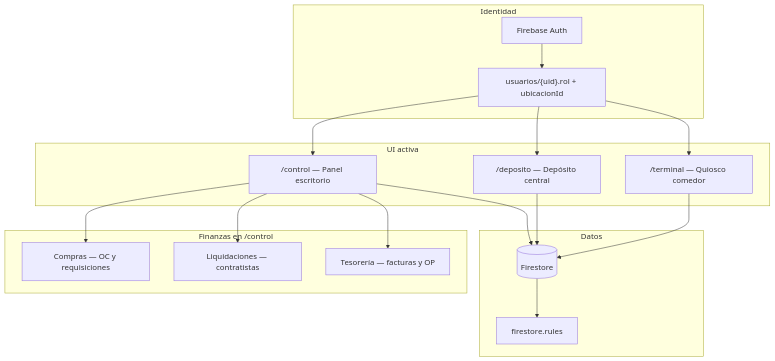
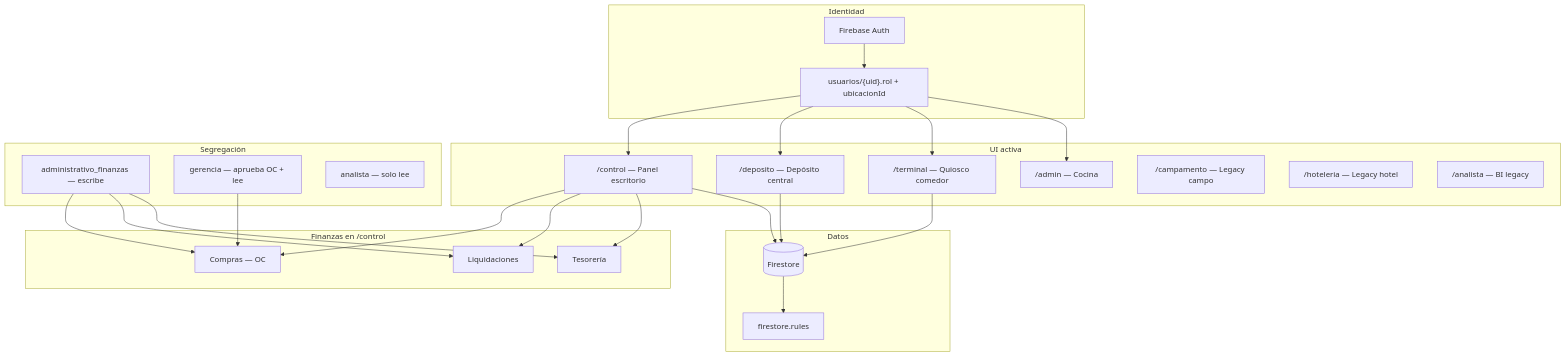
Before and after one commit to Gonzamiguel/cocinaIndustrial: the first of 5 diagrams in ARQUITECTURA.md, drawn with Mermaid. The commit also changed other lines of this file and 26 other files, not shown here.

````diff
--- a/ARQUITECTURA.md
+++ b/ARQUITECTURA.md
@@ -21,36 +53,51 @@
 ```mermaid
 flowchart TB
   subgraph auth [Identidad]
     FA[Firebase Auth]
     UP["usuarios/{uid}.rol + ubicacionId"]
   end
 
   subgraph ui [UI activa]
     CTRL["/control — Panel escritorio"]
     DEP["/deposito — Depósito central"]
     TERM["/terminal — Quiosco comedor"]
+    ADM["/admin — Cocina"]
+    CAMP["/campamento — Legacy campo"]
+    HOT["/hoteleria — Legacy hotel"]
+    ANA["/analista — BI legacy"]
   end
 
   subgraph fin [Finanzas en /control]
-    COMP["Compras — OC y requisiciones"]
-    LIQ["Liquidaciones — contratistas"]
-    TES["Tesorería — facturas y OP"]
+    COMP["Compras — OC"]
+    LIQ["Liquidaciones"]
+    TES["Tesorería"]
+  end
+
+  subgraph sod [Segregación]
+    FINW["administrativo_finanzas — escribe"]
+    GERR["gerencia — aprueba OC + lee"]
+    ANAR["analista — solo lee"]
   end
 
   subgraph data [Datos]
     FS[(Firestore)]
     RULES[firestore.rules]
   end
 
   FA --> UP
   UP --> CTRL
   UP --> DEP
   UP --> TERM
+  UP --> ADM
   CTRL --> COMP
   CTRL --> LIQ
   CTRL --> TES
+  FINW --> COMP
+  FINW --> LIQ
+  FINW --> TES
+  GERR --> COMP
   CTRL --> FS
   DEP --> FS
   TERM --> FS
   FS --> RULES
 ```
````
